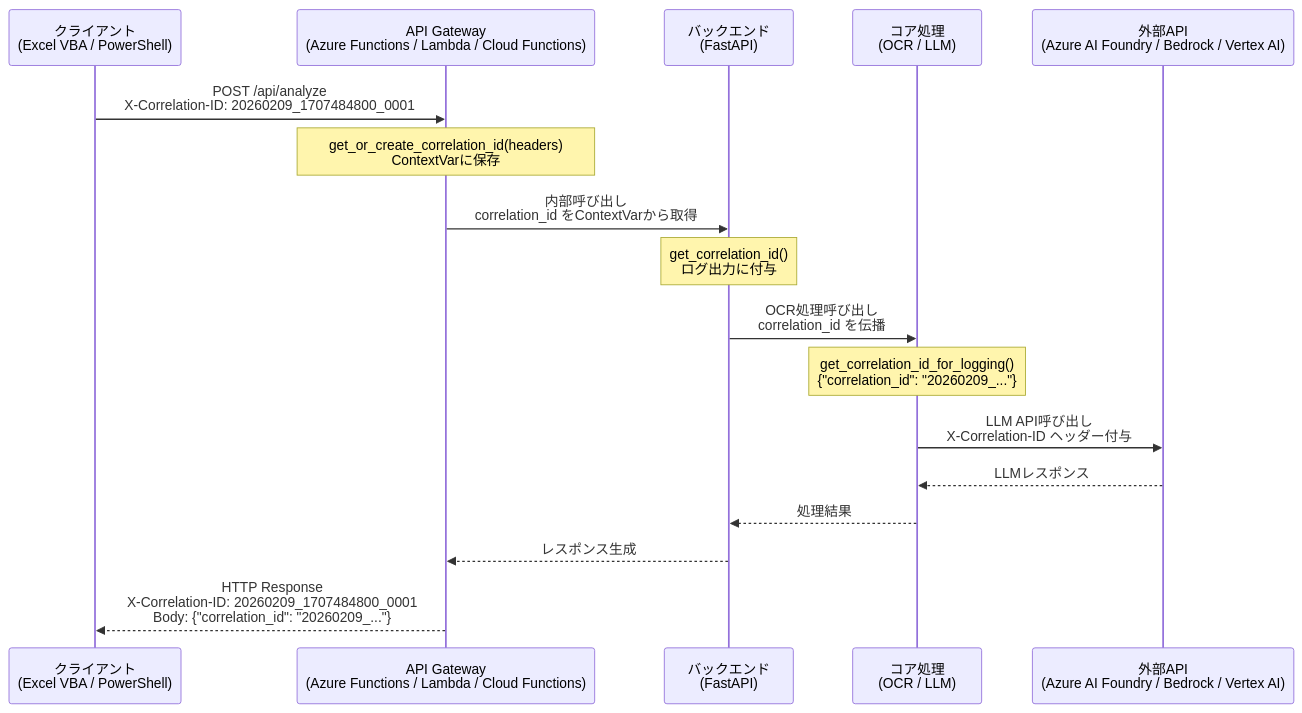
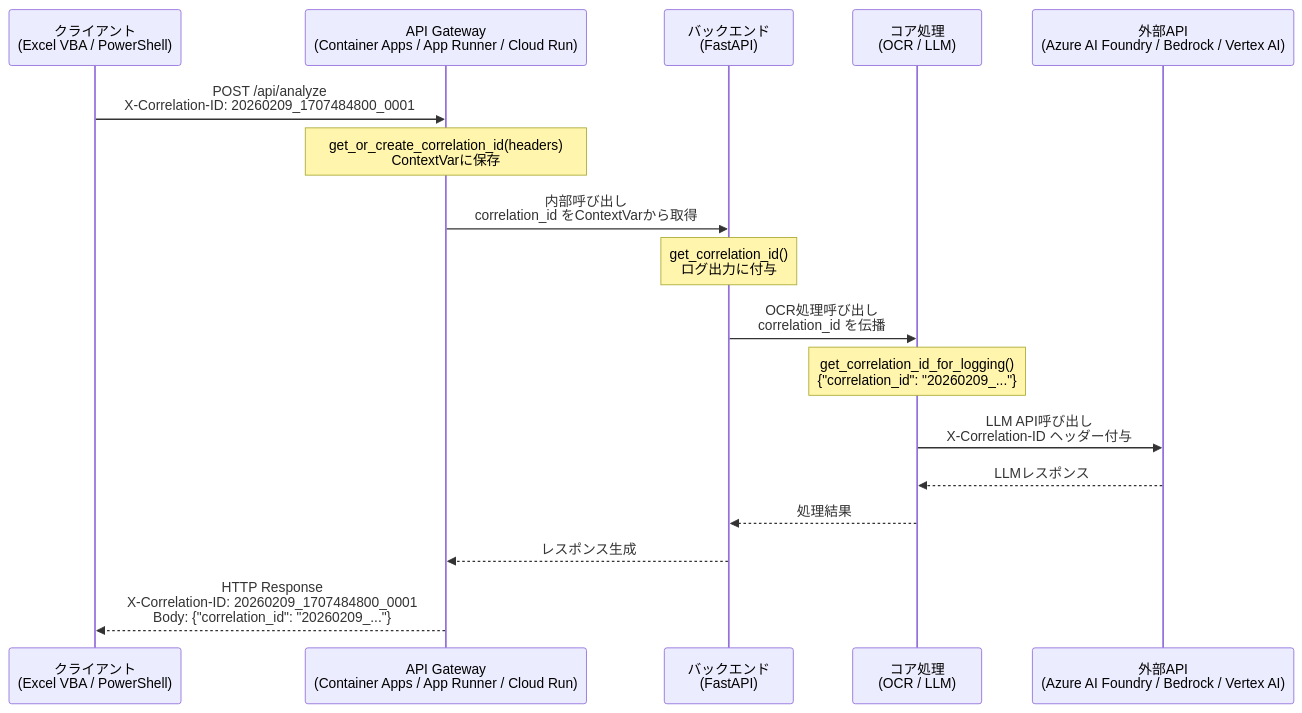
The first of 2 diagrams in docs/monitoring/CORRELATION_ID.md (GEJFY/ic-test-ai-agent), drawn with Mermaid before and after one commit. The commit also changed other lines of this file and 37 other files, not shown here.

````diff
--- a/docs/monitoring/CORRELATION_ID.md
+++ b/docs/monitoring/CORRELATION_ID.md
@@ -179,30 +179,30 @@
 ```mermaid
 sequenceDiagram
     participant Client as クライアント<br/>(Excel VBA / PowerShell)
-    participant Gateway as API Gateway<br/>(Azure Functions / Lambda / Cloud Functions)
+    participant Gateway as API Gateway<br/>(Container Apps / App Runner / Cloud Run)
     participant Backend as バックエンド<br/>(FastAPI)
     participant Core as コア処理<br/>(OCR / LLM)
     participant External as 外部API<br/>(Azure AI Foundry / Bedrock / Vertex AI)
 
     Client->>Gateway: POST /api/analyze<br/>X-Correlation-ID: 20260209_1707484800_0001
 
     Note over Gateway: get_or_create_correlation_id(headers)<br/>ContextVarに保存
 
     Gateway->>Backend: 内部呼び出し<br/>correlation_id をContextVarから取得
 
     Note over Backend: get_correlation_id()<br/>ログ出力に付与
 
     Backend->>Core: OCR処理呼び出し<br/>correlation_id を伝播
 
     Note over Core: get_correlation_id_for_logging()<br/>{"correlation_id": "20260209_..."}
 
     Core->>External: LLM API呼び出し<br/>X-Correlation-ID ヘッダー付与
 
     External-->>Core: LLMレスポンス
 
     Core-->>Backend: 処理結果
 
     Backend-->>Gateway: レスポンス生成
 
     Gateway-->>Client: HTTP Response<br/>X-Correlation-ID: 20260209_1707484800_0001<br/>Body: {"correlation_id": "20260209_..."}
 ```
````
